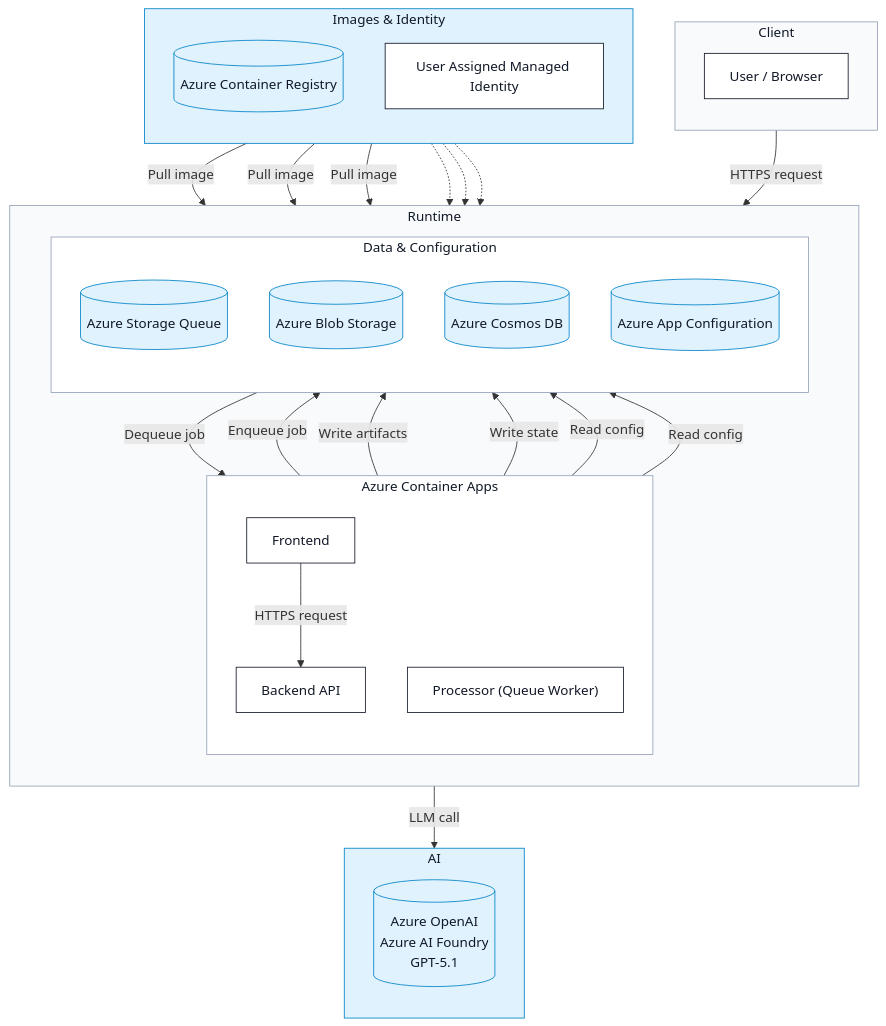
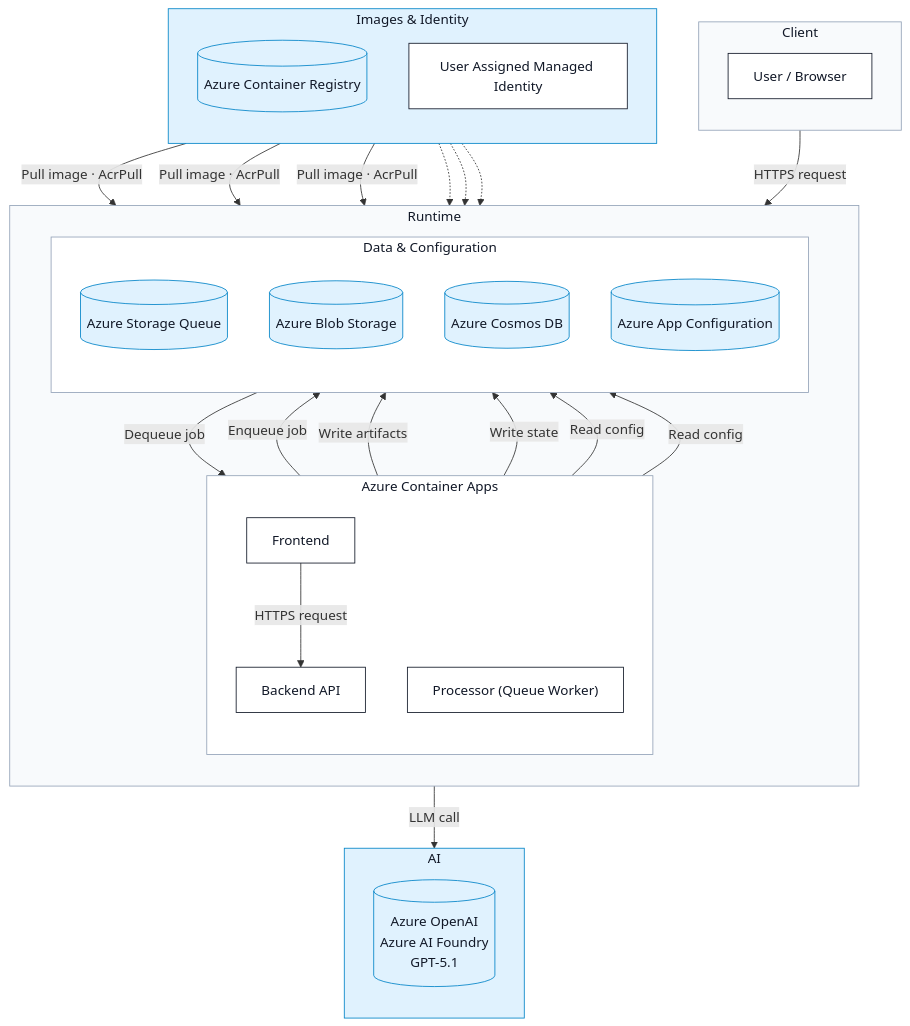
One commit to microsoft/Container-Migration-Solution-Accelerator changed the second of 3 diagrams in README.md. Above: the diagram before and after it, drawn with Mermaid. The commit also changed 6 other files, not shown here.

Commit message:
feat: Implement dedicated Azure Container Registry with identity-based authentication and update deployment scripts

```diff
--- a/README.md
+++ b/README.md
@@ -205,10 +205,10 @@
    %% LLM usage
    PROC -->|LLM call| AOAI
 
-   %% Image pulls
-   ACR -->|Pull image| FE
-   ACR -->|Pull image| API
-   ACR -->|Pull image| PROC
+   %% Image pulls (identity-based, AcrPull via managed identity - no anonymous pull)
+   ACR -->|Pull image · AcrPull| FE
+   ACR -->|Pull image · AcrPull| API
+   ACR -->|Pull image · AcrPull| PROC
 
    %% Identity usage
    ID -.-> FE
```
